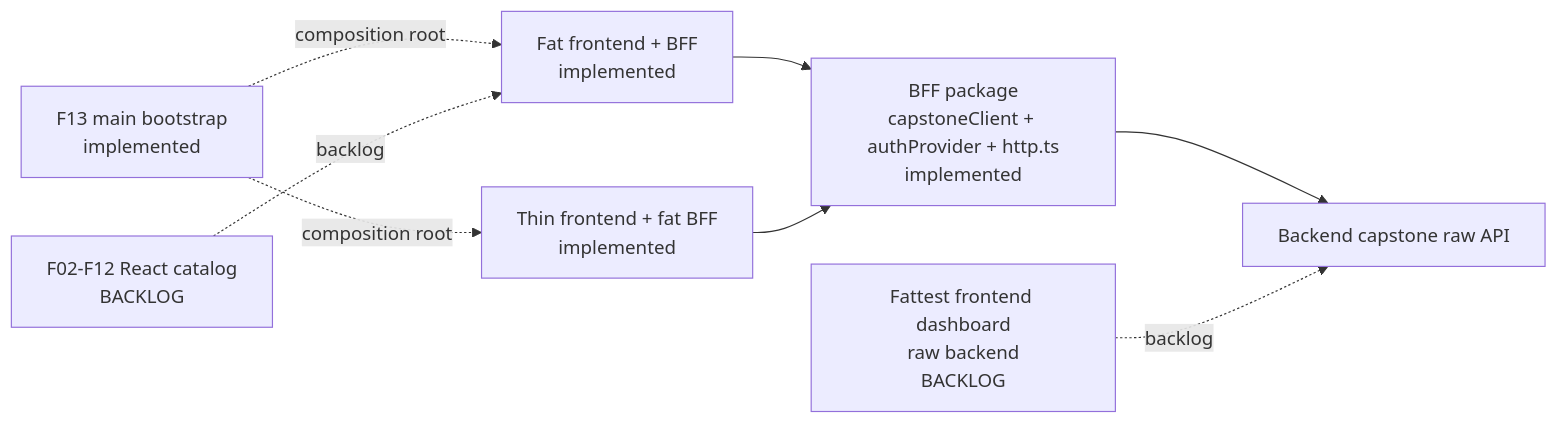
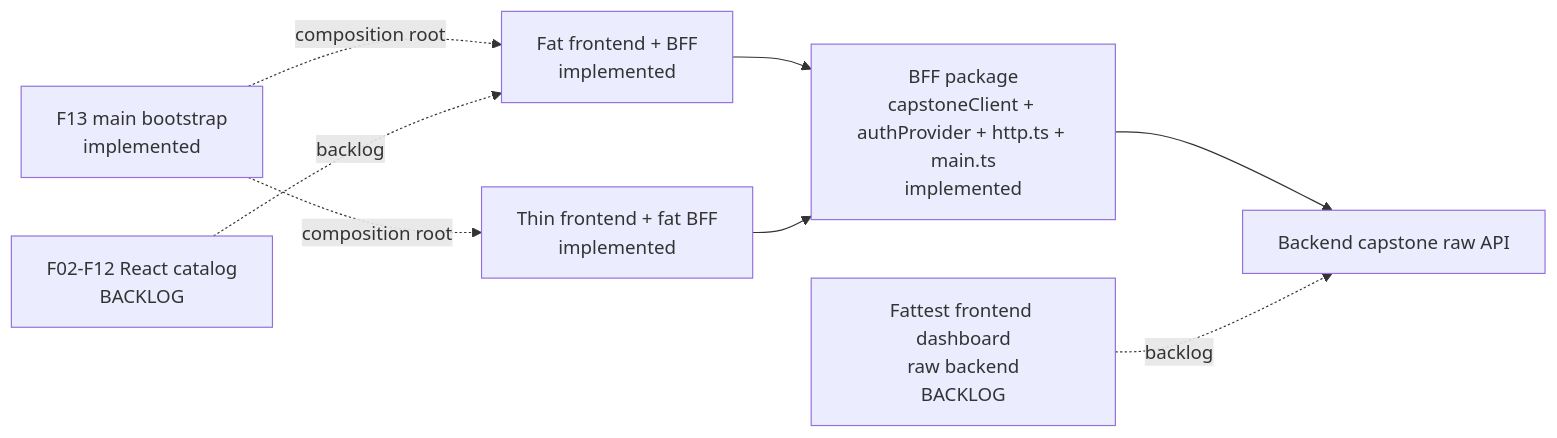
One commit to pumped-fn/pumped-fn changed the diagram in examples/lite-golden-react/capstone/README.md. Above: the diagram before and after it, drawn with Mermaid. The commit also changed other lines of this file and 5 other files, not shown here.

Commit message:
Add BFF golden main composition root

````diff
--- a/examples/lite-golden-react/capstone/README.md
+++ b/examples/lite-golden-react/capstone/README.md
@@ -5,17 +5,17 @@
 ```mermaid
 flowchart LR
   Backend[Backend capstone raw API]
-  BFF[BFF package\ncapstoneClient + authProvider + http.ts\nimplemented]
+  BFF[BFF package\ncapstoneClient + authProvider + http.ts + main.ts\nimplemented]
   Fat[Fat frontend + BFF\nimplemented]
   Thin[Thin frontend + fat BFF\nimplemented]
   Raw[Fattest frontend dashboard\nraw backend\nBACKLOG]
   F13[F13 main bootstrap\nimplemented]
   Catalog[F02-F12 React catalog\nBACKLOG]
 
   Fat --> BFF --> Backend
   Thin --> BFF
   Raw -. backlog .-> Backend
   F13 -. composition root .-> Fat
   F13 -. composition root .-> Thin
   Catalog -. backlog .-> Fat
 ```
````
